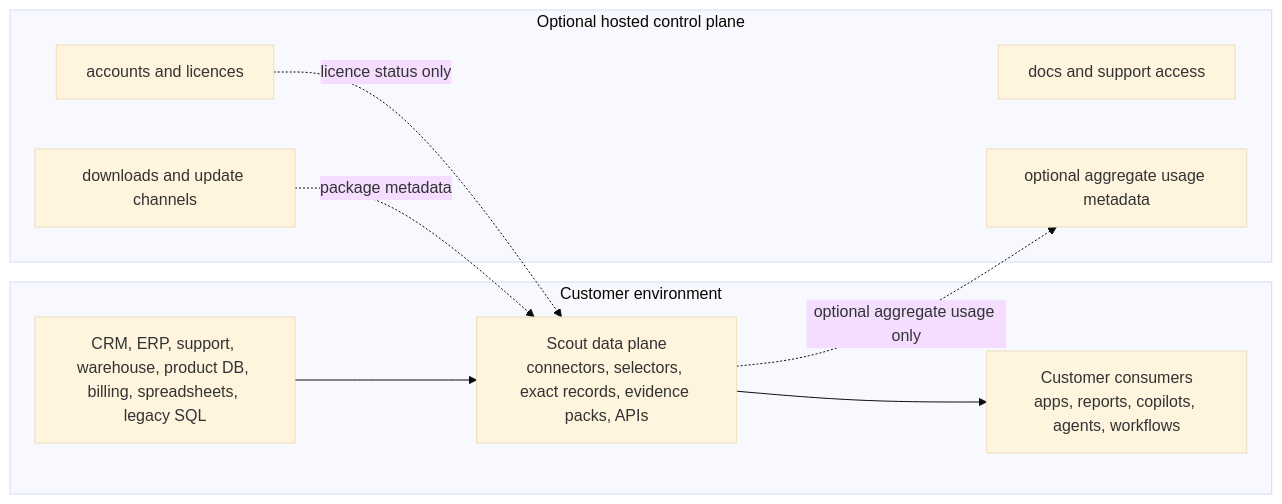
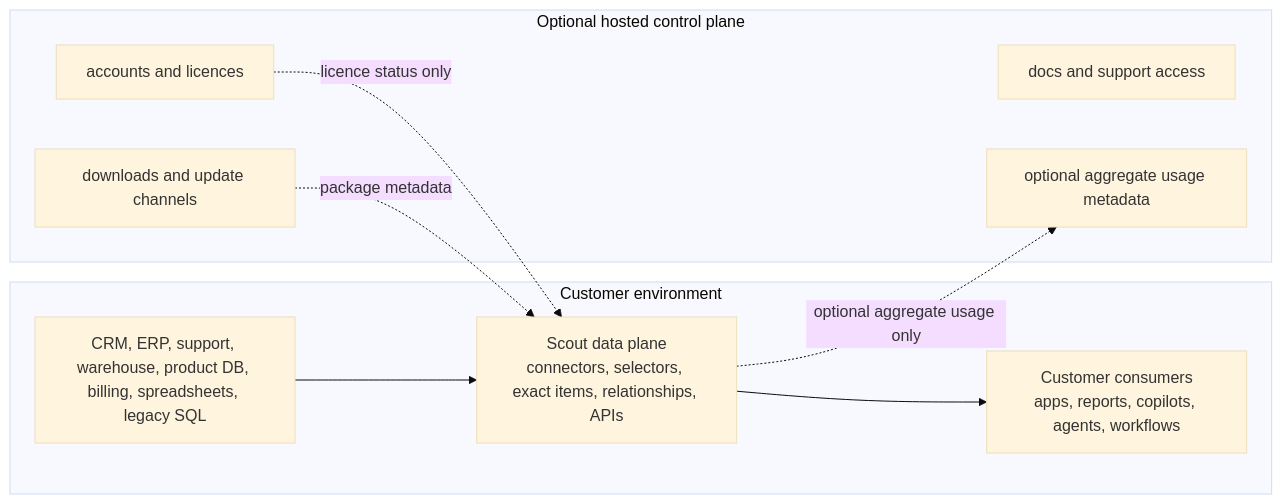
Before and after one commit to PaulJMaddison/scout: the diagram in docs/control-plane-data-plane.md, drawn with Mermaid (base theme). The commit also changed other lines of this file and 25 other files, not shown here.

````diff
--- a/docs/control-plane-data-plane.md
+++ b/docs/control-plane-data-plane.md
@@ -53,21 +55,21 @@
 ```mermaid
 flowchart LR
     subgraph Customer["Customer environment"]
         Sources["CRM, ERP, support, warehouse, product DB, billing, spreadsheets, legacy SQL"]
-        DataPlane["Scout data plane\nconnectors, selectors, exact records, evidence packs, APIs"]
+        DataPlane["Scout data plane\nconnectors, selectors, exact items, relationships, APIs"]
         Consumers["Customer consumers\napps, reports, copilots, agents, workflows"]
         Sources --> DataPlane
         DataPlane --> Consumers
     end
 
     subgraph Hosted["Optional hosted control plane"]
         Account["accounts and licences"]
         Downloads["downloads and update channels"]
         Support["docs and support access"]
         Usage["optional aggregate usage metadata"]
     end
 
     Account -. licence status only .-> DataPlane
     Downloads -. package metadata .-> DataPlane
     DataPlane -. optional aggregate usage only .-> Usage
 ```
````
